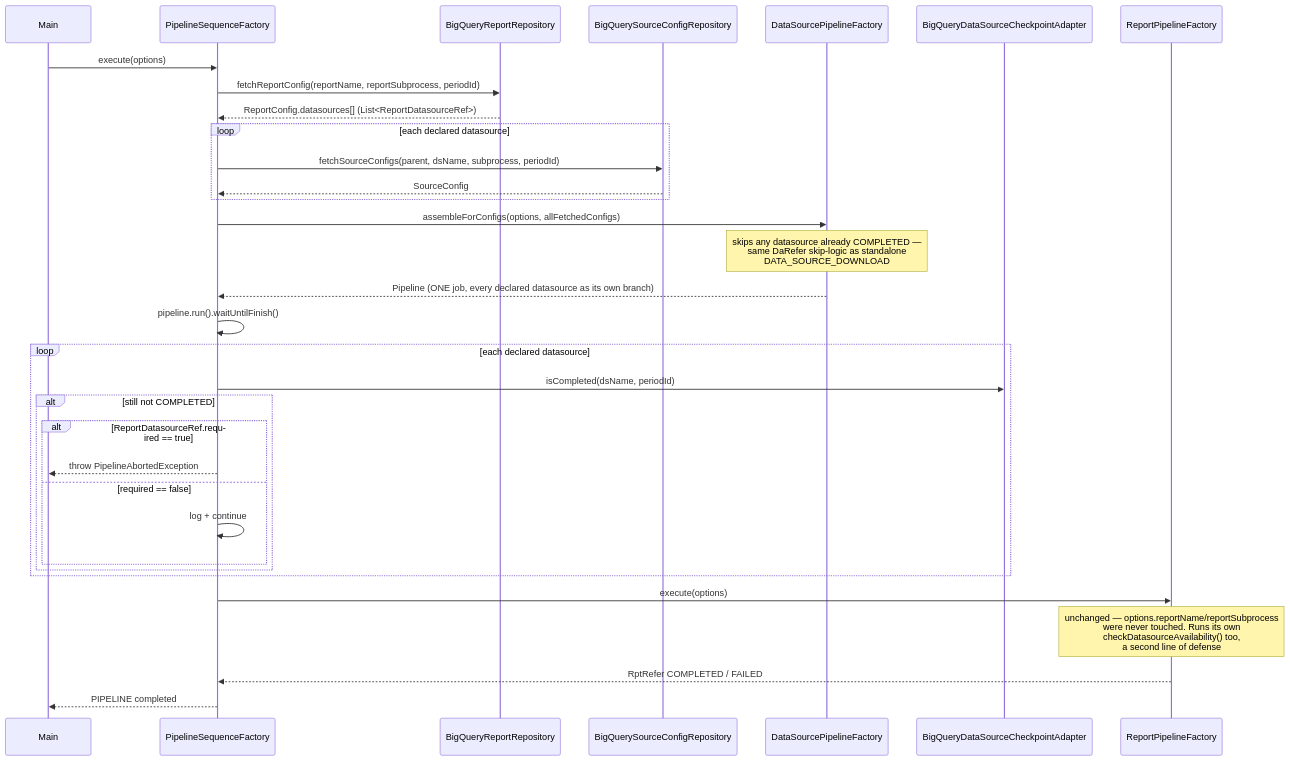
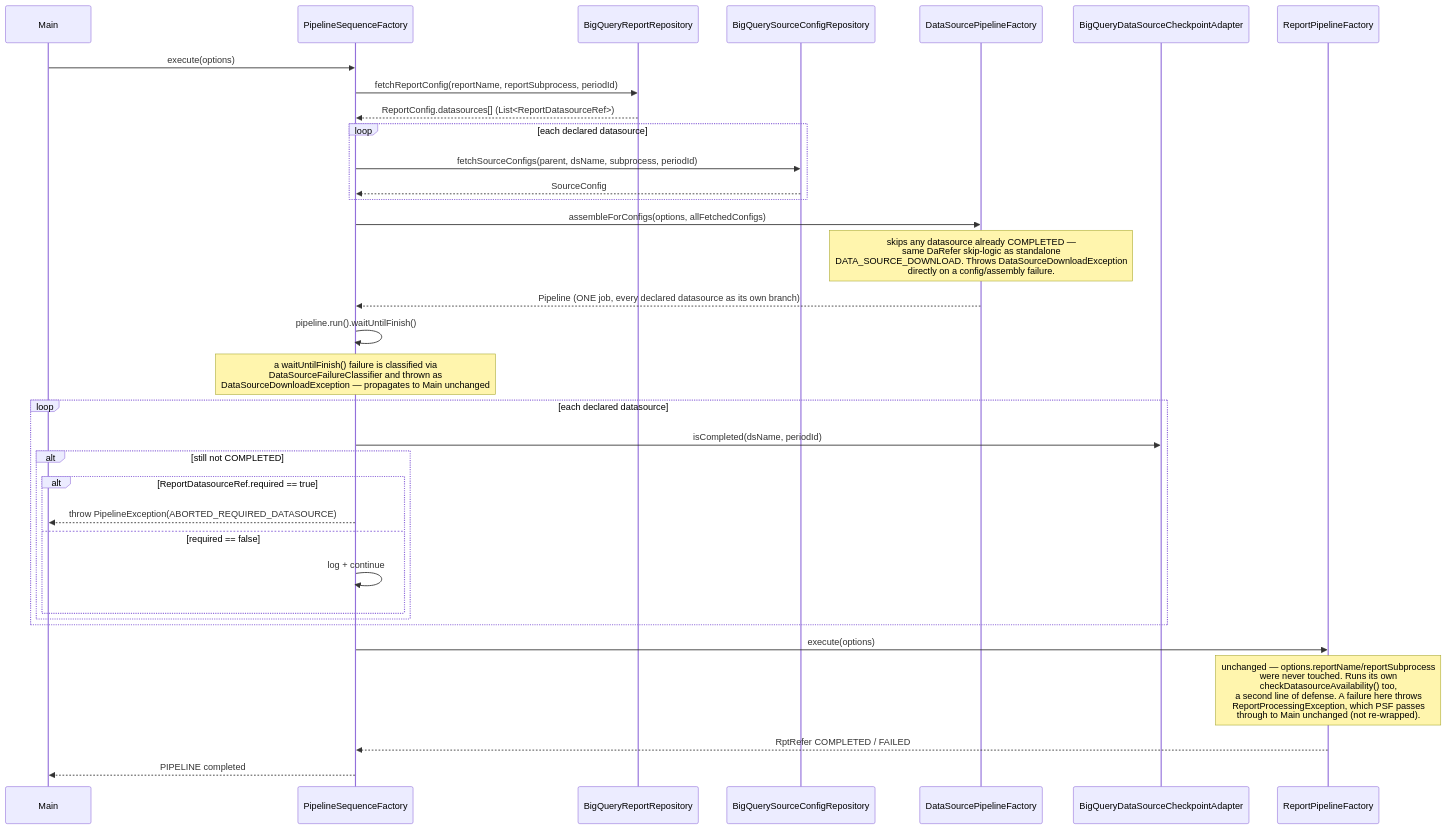
One commit to tushark-16bit/beam_framework changed diagram 15 of 16 in WALKTHROUGH.md. Above: the diagram before and after it, drawn with Mermaid. The commit also changed other lines of this file and 15 other files, not shown here.

````diff
--- a/WALKTHROUGH.md
+++ b/WALKTHROUGH.md
@@ -882,40 +885,41 @@
 ```mermaid
 sequenceDiagram
     participant Main
     participant PSF as PipelineSequenceFactory
     participant RR as BigQueryReportRepository
     participant SCR as BigQuerySourceConfigRepository
     participant DSF as DataSourcePipelineFactory
     participant CKA as BigQueryDataSourceCheckpointAdapter
     participant RPF as ReportPipelineFactory
 
     Main->>PSF: execute(options)
     PSF->>RR: fetchReportConfig(reportName, reportSubprocess, periodId)
     RR-->>PSF: ReportConfig.datasources[] (List<ReportDatasourceRef>)
 
     loop each declared datasource
         PSF->>SCR: fetchSourceConfigs(parent, dsName, subprocess, periodId)
         SCR-->>PSF: SourceConfig
     end
 
     PSF->>DSF: assembleForConfigs(options, allFetchedConfigs)
-    Note over DSF: skips any datasource already COMPLETED —<br/>same DaRefer skip-logic as standalone<br/>DATA_SOURCE_DOWNLOAD
+    Note over DSF: skips any datasource already COMPLETED —<br/>same DaRefer skip-logic as standalone<br/>DATA_SOURCE_DOWNLOAD. Throws DataSourceDownloadException<br/>directly on a config/assembly failure.
     DSF-->>PSF: Pipeline (ONE job, every declared datasource as its own branch)
     PSF->>PSF: pipeline.run().waitUntilFinish()
+    Note over PSF: a waitUntilFinish() failure is classified via<br/>DataSourceFailureClassifier and thrown as<br/>DataSourceDownloadException — propagates to Main unchanged
 
     loop each declared datasource
         PSF->>CKA: isCompleted(dsName, periodId)
         alt still not COMPLETED
             alt ReportDatasourceRef.required == true
-                PSF-->>Main: throw PipelineAbortedException
+                PSF-->>Main: throw PipelineException(ABORTED_REQUIRED_DATASOURCE)
             else required == false
                 PSF->>PSF: log + continue
             end
         end
     end
 
     PSF->>RPF: execute(options)
-    Note over RPF: unchanged — options.reportName/reportSubprocess<br/>were never touched. Runs its own<br/>checkDatasourceAvailability() too,<br/>a second line of defense
+    Note over RPF: unchanged — options.reportName/reportSubprocess<br/>were never touched. Runs its own<br/>checkDatasourceAvailability() too,<br/>a second line of defense. A failure here throws<br/>ReportProcessingException, which PSF passes<br/>through to Main unchanged (not re-wrapped).
     RPF-->>PSF: RptRefer COMPLETED / FAILED
     PSF-->>Main: PIPELINE completed
 ```
````
